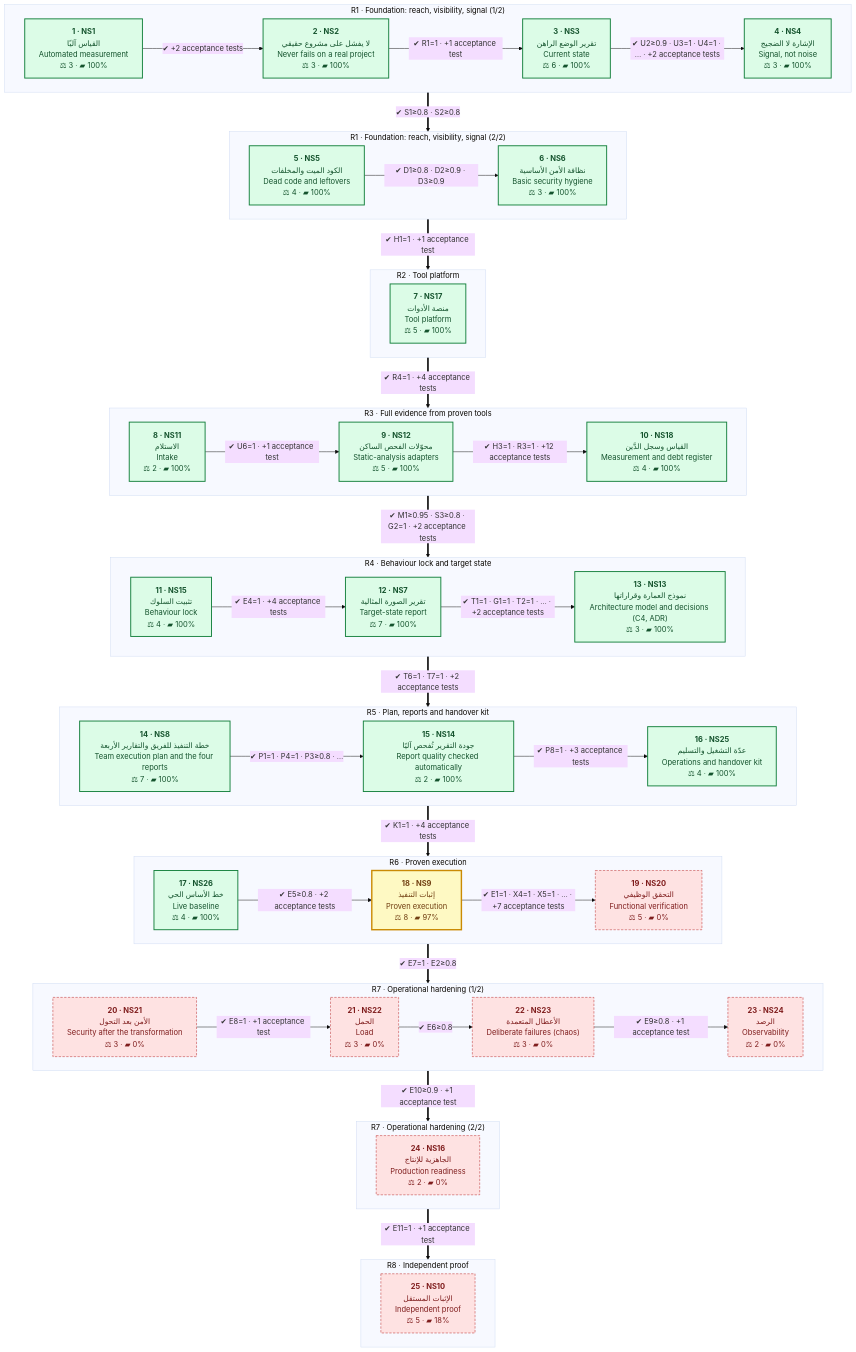
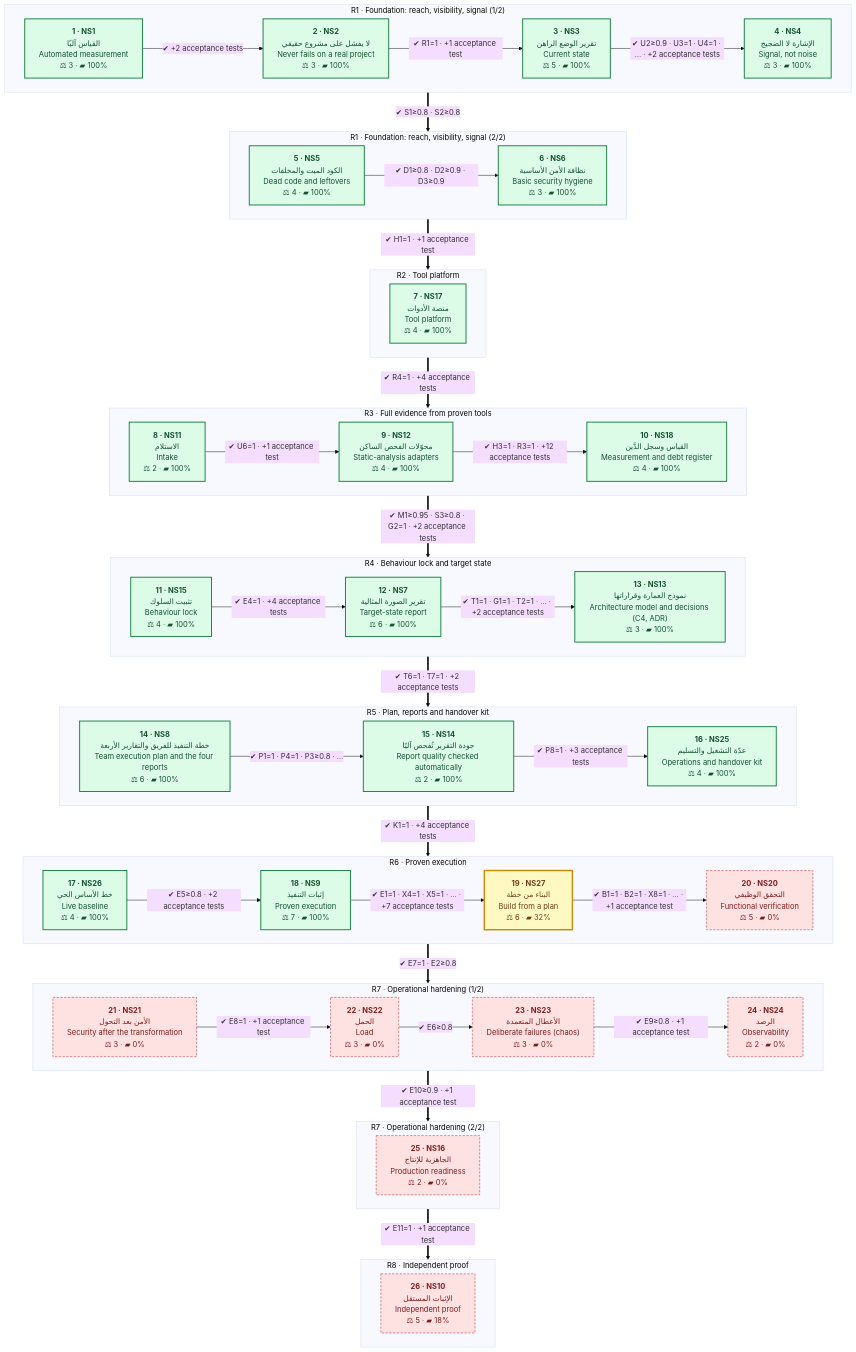
The second of 2 diagrams in README.en.md (eom1417/engineering-audit-os), drawn with Mermaid (base theme) before and after one commit. The commit also changed other lines of this file and 15 other files, not shown here.

```diff
--- a/README.en.md
+++ b/README.en.md
@@ -248,7 +253,7 @@
         direction LR
         NS1["<b>1 · NS1</b><br/>القياس آليًا<br/>Automated measurement<br/>⚖ 3 · ▰ 100%"]:::done
         NS2["<b>2 · NS2</b><br/>لا يفشل على مشروع حقيقي<br/>Never fails on a real project<br/>⚖ 3 · ▰ 100%"]:::done
-        NS3["<b>3 · NS3</b><br/>تقرير الوضع الراهن<br/>Current state<br/>⚖ 6 · ▰ 100%"]:::done
+        NS3["<b>3 · NS3</b><br/>تقرير الوضع الراهن<br/>Current state<br/>⚖ 5 · ▰ 100%"]:::done
         NS4["<b>4 · NS4</b><br/>الإشارة لا الضجيج<br/>Signal, not noise<br/>⚖ 3 · ▰ 100%"]:::done
         NS1 -->|"✔ +2 acceptance tests"| NS2
         NS2 -->|"✔ R1=1 · +1 acceptance test"| NS3
@@ -262,12 +267,12 @@
     end
     subgraph R2_1["R2 · Tool platform"]
         direction LR
-        NS17["<b>7 · NS17</b><br/>منصة الأدوات<br/>Tool platform<br/>⚖ 5 · ▰ 100%"]:::done
+        NS17["<b>7 · NS17</b><br/>منصة الأدوات<br/>Tool platform<br/>⚖ 4 · ▰ 100%"]:::done
     end
     subgraph R3_1["R3 · Full evidence from proven tools"]
         direction LR
         NS11["<b>8 · NS11</b><br/>الاستلام<br/>Intake<br/>⚖ 2 · ▰ 100%"]:::done
-        NS12["<b>9 · NS12</b><br/>محوّلات الفحص الساكن<br/>Static-analysis adapters<br/>⚖ 5 · ▰ 100%"]:::done
+        NS12["<b>9 · NS12</b><br/>محوّلات الفحص الساكن<br/>Static-analysis adapters<br/>⚖ 4 · ▰ 100%"]:::done
         NS18["<b>10 · NS18</b><br/>القياس وسجل الدَّين<br/>Measurement and debt register<br/>⚖ 4 · ▰ 100%"]:::done
         NS11 -->|"✔ U6=1 · +1 acceptance test"| NS12
         NS12 -->|"✔ H3=1 · R3=1 · +12 acceptance tests"| NS18
@@ -275,14 +280,14 @@
     subgraph R4_1["R4 · Behaviour lock and target state"]
         direction LR
         NS15["<b>11 · NS15</b><br/>تثبيت السلوك<br/>Behaviour lock<br/>⚖ 4 · ▰ 100%"]:::done
-        NS7["<b>12 · NS7</b><br/>تقرير الصورة المثالية<br/>Target-state report<br/>⚖ 7 · ▰ 100%"]:::done
+        NS7["<b>12 · NS7</b><br/>تقرير الصورة المثالية<br/>Target-state report<br/>⚖ 6 · ▰ 100%"]:::done
         NS13["<b>13 · NS13</b><br/>نموذج العمارة وقراراتها<br/>Architecture model and decisions (C4, ADR)<br/>⚖ 3 · ▰ 100%"]:::done
         NS15 -->|"✔ E4=1 · +4 acceptance tests"| NS7
         NS7 -->|"✔ T1=1 · G1=1 · T2=1 · … · +2 acceptance tests"| NS13
     end
     subgraph R5_1["R5 · Plan, reports and handover kit"]
         direction LR
-        NS8["<b>14 · NS8</b><br/>خطة التنفيذ للفريق والتقارير الأربعة<br/>Team execution plan and the four reports<br/>⚖ 7 · ▰ 100%"]:::done
+        NS8["<b>14 · NS8</b><br/>خطة التنفيذ للفريق والتقارير الأربعة<br/>Team execution plan and the four reports<br/>⚖ 6 · ▰ 100%"]:::done
         NS14["<b>15 · NS14</b><br/>جودة التقرير تُفحص آليًا<br/>Report quality checked automatically<br/>⚖ 2 · ▰ 100%"]:::done
         NS25["<b>16 · NS25</b><br/>عدّة التشغيل والتسليم<br/>Operations and handover kit<br/>⚖ 4 · ▰ 100%"]:::done
         NS8 -->|"✔ P1=1 · P4=1 · P3≥0.8 · …"| NS14
@@ -291,28 +296,30 @@
     subgraph R6_1["R6 · Proven execution"]
         direction LR
         NS26["<b>17 · NS26</b><br/>خط الأساس الحي<br/>Live baseline<br/>⚖ 4 · ▰ 100%"]:::done
-        NS9["<b>18 · NS9</b><br/>إثبات التنفيذ<br/>Proven execution<br/>⚖ 8 · ▰ 97%"]:::current
-        NS20["<b>19 · NS20</b><br/>التحقق الوظيفي<br/>Functional verification<br/>⚖ 5 · ▰ 0%"]:::owner
+        NS9["<b>18 · NS9</b><br/>إثبات التنفيذ<br/>Proven execution<br/>⚖ 7 · ▰ 100%"]:::done
+        NS27["<b>19 · NS27</b><br/>البناء من خطة<br/>Build from a plan<br/>⚖ 6 · ▰ 32%"]:::current
+        NS20["<b>20 · NS20</b><br/>التحقق الوظيفي<br/>Functional verification<br/>⚖ 5 · ▰ 0%"]:::owner
         NS26 -->|"✔ E5≥0.8 · +2 acceptance tests"| NS9
-        NS9 -->|"✔ E1=1 · X4=1 · X5=1 · … · +7 acceptance tests"| NS20
+        NS9 -->|"✔ E1=1 · X4=1 · X5=1 · … · +7 acceptance tests"| NS27
+        NS27 -->|"✔ B1=1 · B2=1 · X8=1 · … · +1 acceptance test"| NS20
     end
     subgraph R7_1["R7 · Operational hardening (1/2)"]
         direction LR
-        NS21["<b>20 · NS21</b><br/>الأمن بعد التحول<br/>Security after the transformation<br/>⚖ 3 · ▰ 0%"]:::owner
-        NS22["<b>21 · NS22</b><br/>الحمل<br/>Load<br/>⚖ 3 · ▰ 0%"]:::owner
-        NS23["<b>22 · NS23</b><br/>الأعطال المتعمدة<br/>Deliberate failures (chaos)<br/>⚖ 3 · ▰ 0%"]:::owner
-        NS24["<b>23 · NS24</b><br/>الرصد<br/>Observability<br/>⚖ 2 · ▰ 0%"]:::owner
+        NS21["<b>21 · NS21</b><br/>الأمن بعد التحول<br/>Security after the transformation<br/>⚖ 3 · ▰ 0%"]:::owner
+        NS22["<b>22 · NS22</b><br/>الحمل<br/>Load<br/>⚖ 3 · ▰ 0%"]:::owner
+        NS23["<b>23 · NS23</b><br/>الأعطال المتعمدة<br/>Deliberate failures (chaos)<br/>⚖ 3 · ▰ 0%"]:::owner
+        NS24["<b>24 · NS24</b><br/>الرصد<br/>Observability<br/>⚖ 2 · ▰ 0%"]:::owner
         NS21 -->|"✔ E8=1 · +1 acceptance test"| NS22
         NS22 -->|"✔ E6≥0.8"| NS23
         NS23 -->|"✔ E9≥0.8 · +1 acceptance test"| NS24
     end
     subgraph R7_2["R7 · Operational hardening (2/2)"]
         direction LR
-        NS16["<b>24 · NS16</b><br/>الجاهزية للإنتاج<br/>Production readiness<br/>⚖ 2 · ▰ 0%"]:::owner
+        NS16["<b>25 · NS16</b><br/>الجاهزية للإنتاج<br/>Production readiness<br/>⚖ 2 · ▰ 0%"]:::owner
     end
     subgraph R8_1["R8 · Independent proof"]
         direction LR
-        NS10["<b>25 · NS10</b><br/>الإثبات المستقل<br/>Independent proof<br/>⚖ 5 · ▰ 18%"]:::owner
+        NS10["<b>26 · NS10</b><br/>الإثبات المستقل<br/>Independent proof<br/>⚖ 5 · ▰ 18%"]:::owner
     end
     R1_1 ==>|"✔ S1≥0.8 · S2≥0.8"| R1_2
     R1_2 ==>|"✔ H1=1 · +1 acceptance test"| R2_1
```
